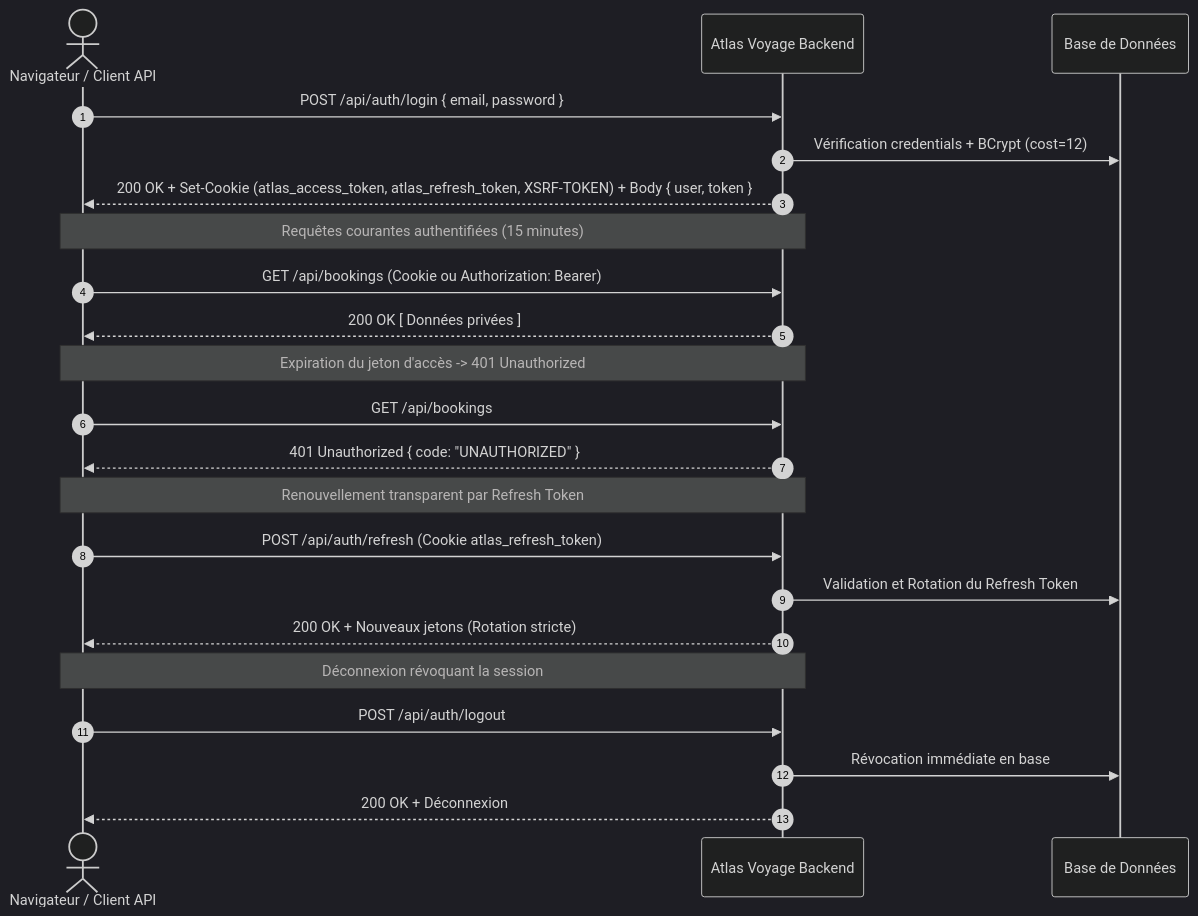
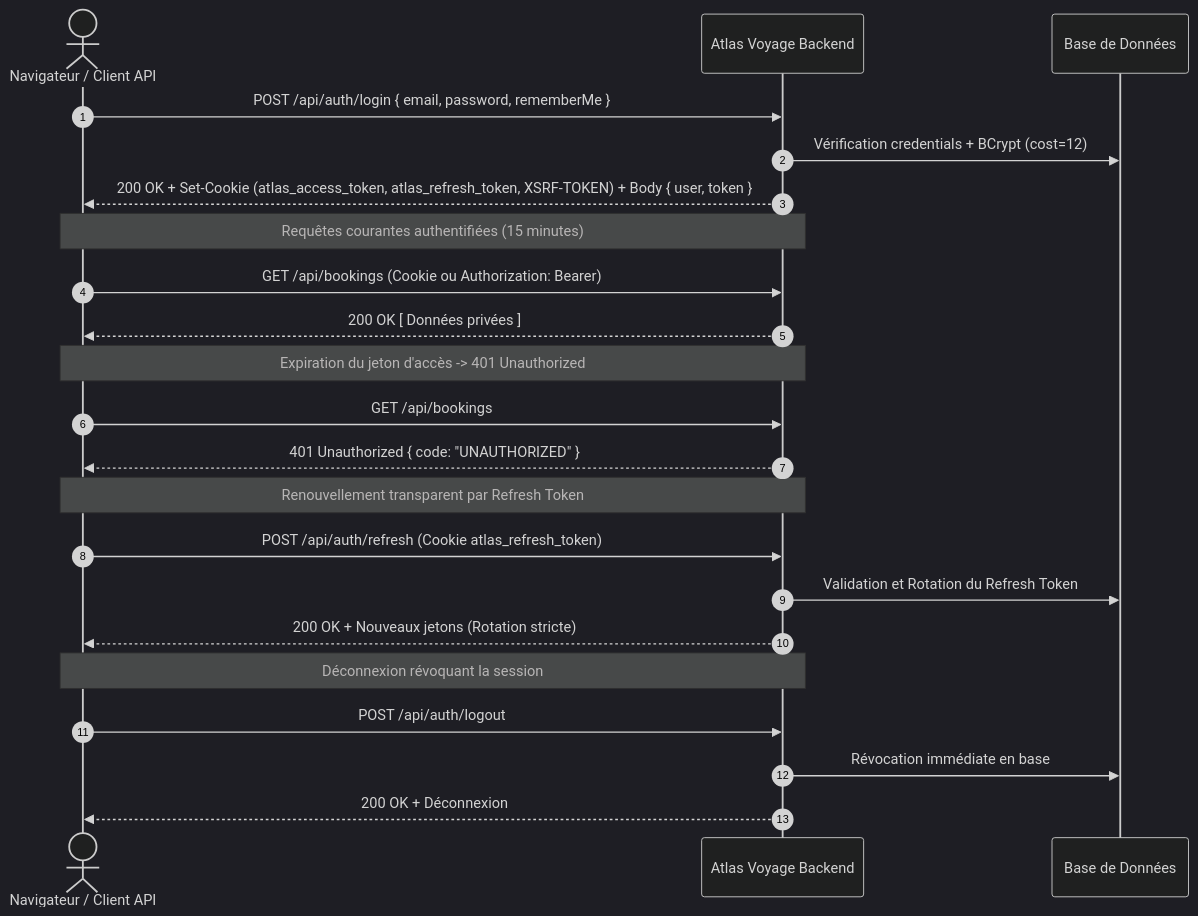
One commit to achrafes20/travel-agency-app changed the diagram in docs/api/guide_api.md. Above: the diagram before and after it, drawn with Mermaid (dark theme). The commit also changed other lines of this file and 163 other files, not shown here.

````diff
--- a/docs/api/guide_api.md
+++ b/docs/api/guide_api.md
@@ -43,29 +43,29 @@
 ```mermaid
 sequenceDiagram
     autonumber
     actor Client as Navigateur / Client API
     participant API as Atlas Voyage Backend
     participant DB as Base de Données
 
-    Client->>API: POST /api/auth/login { email, password }
+    Client->>API: POST /api/auth/login { email, password, rememberMe }
     API->>DB: Vérification credentials + BCrypt (cost=12)
     API-->>Client: 200 OK + Set-Cookie (atlas_access_token, atlas_refresh_token, XSRF-TOKEN) + Body { user, token }
     
     Note over Client,API: Requêtes courantes authentifiées (15 minutes)
     Client->>API: GET /api/bookings (Cookie ou Authorization: Bearer)
     API-->>Client: 200 OK [ Données privées ]
 
     Note over Client,API: Expiration du jeton d'accès -> 401 Unauthorized
     Client->>API: GET /api/bookings
     API-->>Client: 401 Unauthorized { code: "UNAUTHORIZED" }
 
     Note over Client,API: Renouvellement transparent par Refresh Token
     Client->>API: POST /api/auth/refresh (Cookie atlas_refresh_token)
     API->>DB: Validation et Rotation du Refresh Token
     API-->>Client: 200 OK + Nouveaux jetons (Rotation stricte)
 
     Note over Client,API: Déconnexion révoquant la session
     Client->>API: POST /api/auth/logout
     API->>DB: Révocation immédiate en base
     API-->>Client: 200 OK + Déconnexion
 ```
````
